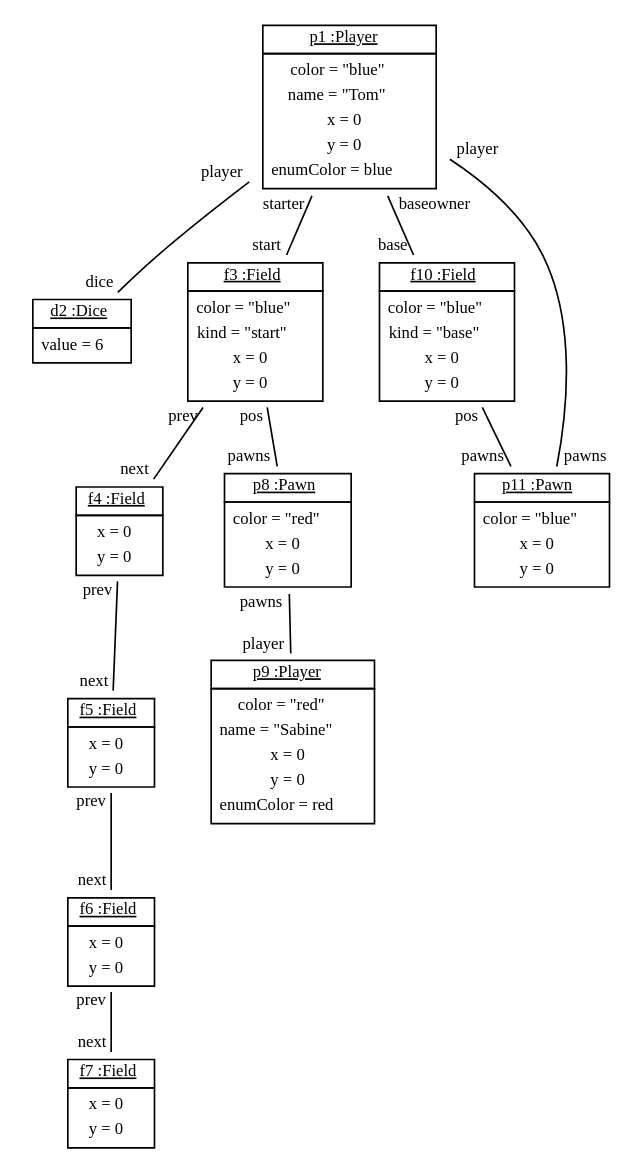
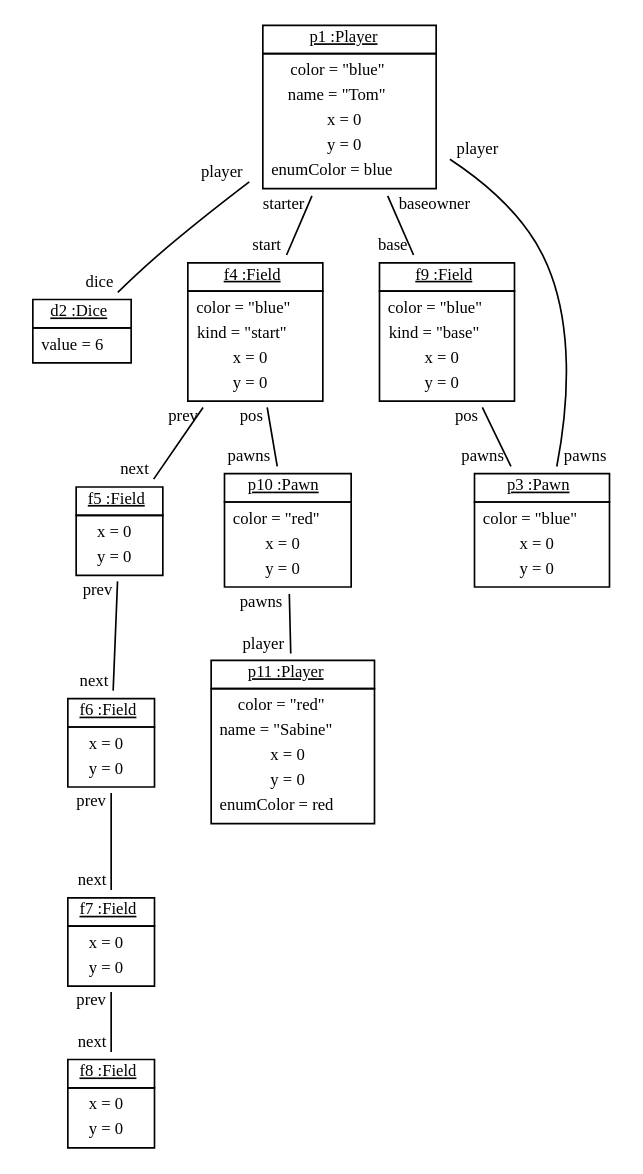
Before and after one commit to fujaba/SDMLib: the diagram in doc/LudoScenario3.dot, drawn with Graphviz. The commit also changed 5 other files, not shown here.

```diff
--- a/doc/LudoScenario3.dot
+++ b/doc/LudoScenario3.dot
@@ -1,28 +1,28 @@
 graph ObjectDiagram {
    node [shape = none, fontsize = 10];
    edge [fontsize = 10];
 
 p1 [label=<<table border='0' cellborder='1' cellspacing='0'> <tr> <td> <u>p1 :Player</u></td></tr><tr><td><table border='0' cellborder='0' cellspacing='0'><tr><td>color = "blue"</td></tr><tr><td>name = "Tom"</td></tr><tr><td>x = 0</td></tr><tr><td>y = 0</td></tr><tr><td>enumColor = blue</td></tr></table></td></tr></table>>];
 d2 [label=<<table border='0' cellborder='1' cellspacing='0'> <tr> <td> <u>d2 :Dice</u></td></tr><tr><td><table border='0' cellborder='0' cellspacing='0'><tr><td>value = 6</td></tr></table></td></tr></table>>];
-f3 [label=<<table border='0' cellborder='1' cellspacing='0'> <tr> <td> <u>f3 :Field</u></td></tr><tr><td><table border='0' cellborder='0' cellspacing='0'><tr><td>color = "blue"</td></tr><tr><td>kind = "start"</td></tr><tr><td>x = 0</td></tr><tr><td>y = 0</td></tr></table></td></tr></table>>];
-f4 [label=<<table border='0' cellborder='1' cellspacing='0'> <tr> <td> <u>f4 :Field</u></td></tr><tr><td><table border='0' cellborder='0' cellspacing='0'><tr><td>x = 0</td></tr><tr><td>y = 0</td></tr></table></td></tr></table>>];
+f4 [label=<<table border='0' cellborder='1' cellspacing='0'> <tr> <td> <u>f4 :Field</u></td></tr><tr><td><table border='0' cellborder='0' cellspacing='0'><tr><td>color = "blue"</td></tr><tr><td>kind = "start"</td></tr><tr><td>x = 0</td></tr><tr><td>y = 0</td></tr></table></td></tr></table>>];
 f5 [label=<<table border='0' cellborder='1' cellspacing='0'> <tr> <td> <u>f5 :Field</u></td></tr><tr><td><table border='0' cellborder='0' cellspacing='0'><tr><td>x = 0</td></tr><tr><td>y = 0</td></tr></table></td></tr></table>>];
 f6 [label=<<table border='0' cellborder='1' cellspacing='0'> <tr> <td> <u>f6 :Field</u></td></tr><tr><td><table border='0' cellborder='0' cellspacing='0'><tr><td>x = 0</td></tr><tr><td>y = 0</td></tr></table></td></tr></table>>];
 f7 [label=<<table border='0' cellborder='1' cellspacing='0'> <tr> <td> <u>f7 :Field</u></td></tr><tr><td><table border='0' cellborder='0' cellspacing='0'><tr><td>x = 0</td></tr><tr><td>y = 0</td></tr></table></td></tr></table>>];
-p8 [label=<<table border='0' cellborder='1' cellspacing='0'> <tr> <td> <u>p8 :Pawn</u></td></tr><tr><td><table border='0' cellborder='0' cellspacing='0'><tr><td>color = "red"</td></tr><tr><td>x = 0</td></tr><tr><td>y = 0</td></tr></table></td></tr></table>>];
-p9 [label=<<table border='0' cellborder='1' cellspacing='0'> <tr> <td> <u>p9 :Player</u></td></tr><tr><td><table border='0' cellborder='0' cellspacing='0'><tr><td>color = "red"</td></tr><tr><td>name = "Sabine"</td></tr><tr><td>x = 0</td></tr><tr><td>y = 0</td></tr><tr><td>enumColor = red</td></tr></table></td></tr></table>>];
-f10 [label=<<table border='0' cellborder='1' cellspacing='0'> <tr> <td> <u>f10 :Field</u></td></tr><tr><td><table border='0' cellborder='0' cellspacing='0'><tr><td>color = "blue"</td></tr><tr><td>kind = "base"</td></tr><tr><td>x = 0</td></tr><tr><td>y = 0</td></tr></table></td></tr></table>>];
-p11 [label=<<table border='0' cellborder='1' cellspacing='0'> <tr> <td> <u>p11 :Pawn</u></td></tr><tr><td><table border='0' cellborder='0' cellspacing='0'><tr><td>color = "blue"</td></tr><tr><td>x = 0</td></tr><tr><td>y = 0</td></tr></table></td></tr></table>>];
+f8 [label=<<table border='0' cellborder='1' cellspacing='0'> <tr> <td> <u>f8 :Field</u></td></tr><tr><td><table border='0' cellborder='0' cellspacing='0'><tr><td>x = 0</td></tr><tr><td>y = 0</td></tr></table></td></tr></table>>];
+p10 [label=<<table border='0' cellborder='1' cellspacing='0'> <tr> <td> <u>p10 :Pawn</u></td></tr><tr><td><table border='0' cellborder='0' cellspacing='0'><tr><td>color = "red"</td></tr><tr><td>x = 0</td></tr><tr><td>y = 0</td></tr></table></td></tr></table>>];
+p11 [label=<<table border='0' cellborder='1' cellspacing='0'> <tr> <td> <u>p11 :Player</u></td></tr><tr><td><table border='0' cellborder='0' cellspacing='0'><tr><td>color = "red"</td></tr><tr><td>name = "Sabine"</td></tr><tr><td>x = 0</td></tr><tr><td>y = 0</td></tr><tr><td>enumColor = red</td></tr></table></td></tr></table>>];
+f9 [label=<<table border='0' cellborder='1' cellspacing='0'> <tr> <td> <u>f9 :Field</u></td></tr><tr><td><table border='0' cellborder='0' cellspacing='0'><tr><td>color = "blue"</td></tr><tr><td>kind = "base"</td></tr><tr><td>x = 0</td></tr><tr><td>y = 0</td></tr></table></td></tr></table>>];
+p3 [label=<<table border='0' cellborder='1' cellspacing='0'> <tr> <td> <u>p3 :Pawn</u></td></tr><tr><td><table border='0' cellborder='0' cellspacing='0'><tr><td>color = "blue"</td></tr><tr><td>x = 0</td></tr><tr><td>y = 0</td></tr></table></td></tr></table>>];
 
-f10 -- p11 [headlabel = "pawns" taillabel = "pos"];
-f3 -- f4 [headlabel = "next" taillabel = "prev"];
-f3 -- p8 [headlabel = "pawns" taillabel = "pos"];
 f4 -- f5 [headlabel = "next" taillabel = "prev"];
+f4 -- p10 [headlabel = "pawns" taillabel = "pos"];
 f5 -- f6 [headlabel = "next" taillabel = "prev"];
 f6 -- f7 [headlabel = "next" taillabel = "prev"];
+f7 -- f8 [headlabel = "next" taillabel = "prev"];
+f9 -- p3 [headlabel = "pawns" taillabel = "pos"];
+p10 -- p11 [headlabel = "player" taillabel = "pawns"];
 p1 -- d2 [headlabel = "dice" taillabel = "player"];
-p1 -- f10 [headlabel = "base" taillabel = "baseowner"];
-p1 -- f3 [headlabel = "start" taillabel = "starter"];
-p1 -- p11 [headlabel = "pawns" taillabel = "player"];
-p8 -- p9 [headlabel = "player" taillabel = "pawns"];
+p1 -- f4 [headlabel = "start" taillabel = "starter"];
+p1 -- f9 [headlabel = "base" taillabel = "baseowner"];
+p1 -- p3 [headlabel = "pawns" taillabel = "player"];
 }
```
